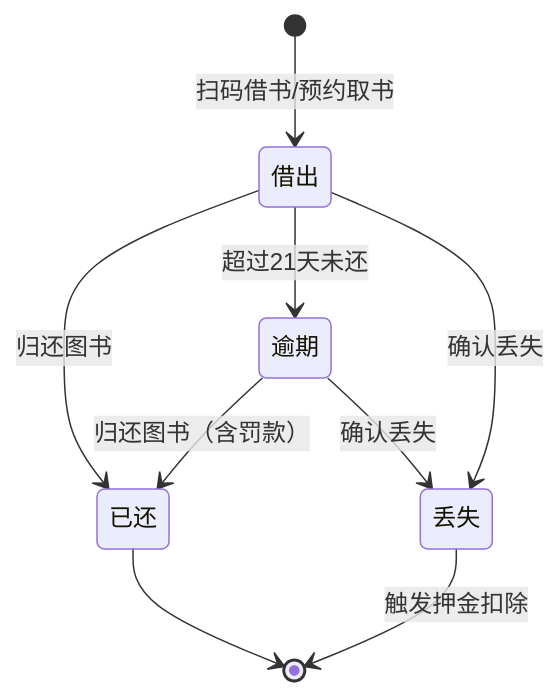
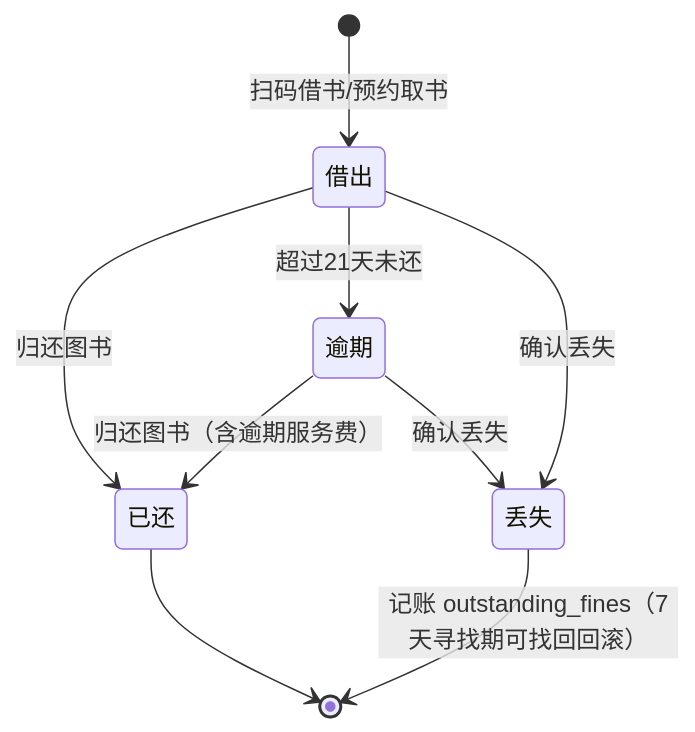
The sixth of 28 diagrams in PRD/UML-ER.md (leechunwoo0815/librio), drawn with Mermaid before and after one commit. The commit also changed other lines of this file and 11 other files, not shown here.

First line of the commit message:
docs: 决策批次14 — 全文档对齐（PRD V3.22/表结构 V3.16/配置清单 59 项/UML-ER/ARCHITECTURE/状态流转/终版报告）

````diff
--- a/PRD/UML-ER.md
+++ b/PRD/UML-ER.md
@@ -91,11 +97,11 @@
 ```mermaid
 stateDiagram-v2
     [*] --> 借出 : 扫码借书/预约取书
     借出 --> 已还 : 归还图书
     借出 --> 逾期 : 超过21天未还
-    逾期 --> 已还 : 归还图书（含罚款）
+    逾期 --> 已还 : 归还图书（含逾期服务费）
     借出 --> 丢失 : 确认丢失
     逾期 --> 丢失 : 确认丢失
     已还 --> [*]
-    丢失 --> [*] : 触发押金扣除
+    丢失 --> [*] : 记账 outstanding_fines（7天寻找期可找回回滚）
 ```
````
